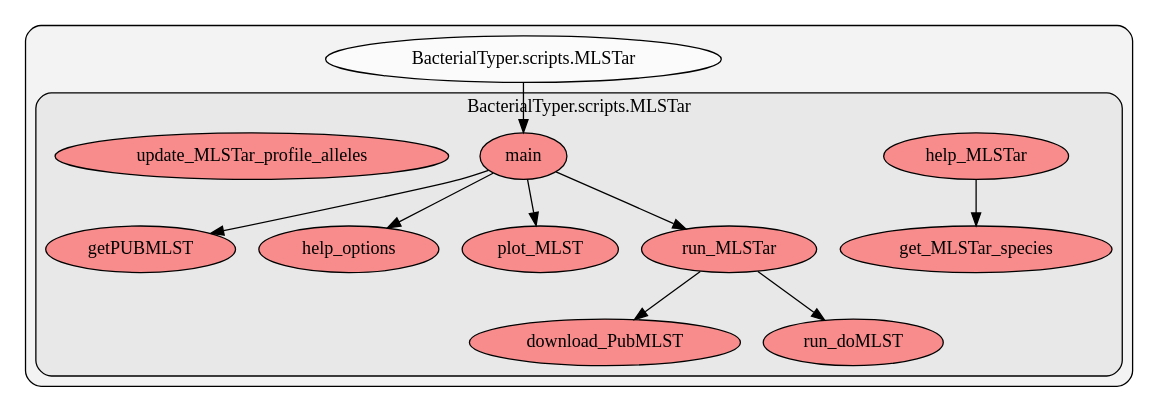
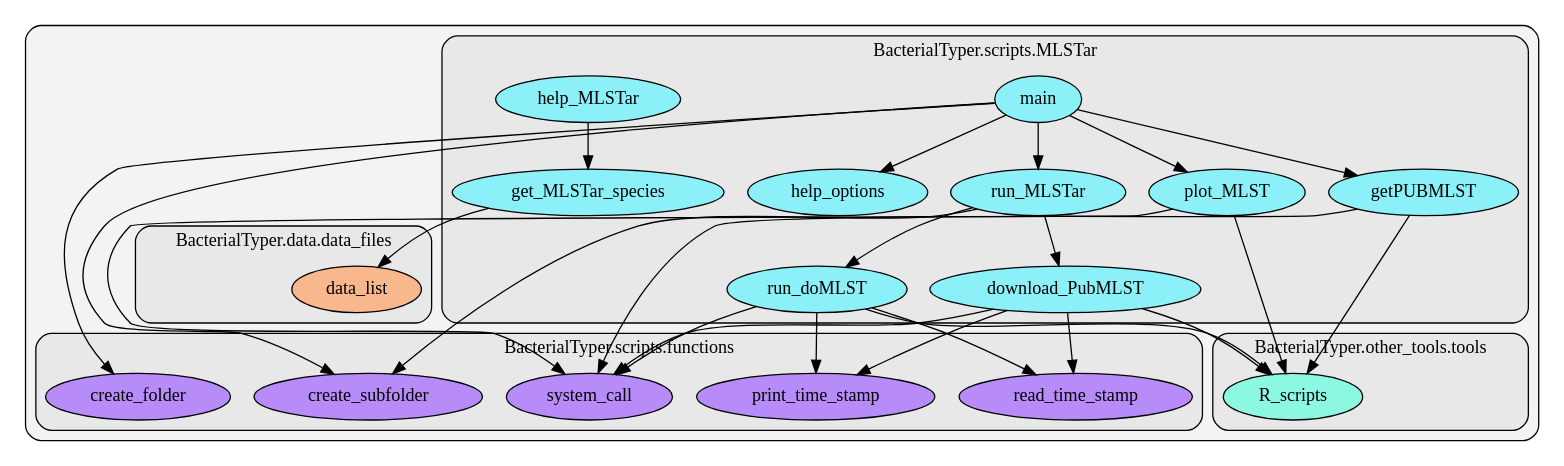
One commit to HCGB-IGTP/BacterialTyper changed the diagram in docs/source/images/python_graph/scripts/MLSTar.dot. Above: the diagram before and after it, drawn with Graphviz. The commit also changed 45 other files, not shown here.

Commit message:
update pyan graphs

```diff
--- a/docs/source/images/python_graph/scripts/MLSTar.dot
+++ b/docs/source/images/python_graph/scripts/MLSTar.dot
@@ -1,66 +1,254 @@
 digraph G {
-    graph [rankdir=TB, clusterrank="local"];
+    graph [spilines=ortho, rankdir=TB, clusterrank="local"];
     subgraph cluster_G {
 
         graph [style="filled,rounded",fillcolor="#80808018", label=""];
-        BacterialTyper__scripts__MLSTar [label="BacterialTyper.scripts.MLSTar", style="filled", fillcolor="#ffffffb2", fontcolor="#000000", group="0"];
-        subgraph cluster_BacterialTyper__scripts__MLSTar {
+        subgraph cluster_BacterialTyper__data__data_files {
 
-            graph [style="filled,rounded",fillcolor="#80808018", label="BacterialTyper.scripts.MLSTar"];
-            BacterialTyper__scripts__MLSTar__download_PubMLST [label="download_PubMLST", style="filled", fillcolor="#ff6565b2", fontcolor="#000000", group="0"];
+            graph [style="filled,rounded",fillcolor="#80808018", label="BacterialTyper.data.data_files"];
+            BacterialTyper__data__data_files__data_list [label="data_list", style="filled", fillcolor="#ffa365b2", fontcolor="#000000", group="3"];
+        }
+        subgraph cluster_BacterialTyper__other_tools__tools {
+
+            graph [style="filled,rounded",fillcolor="#80808018", label="BacterialTyper.other_tools.tools"];
+            BacterialTyper__other_tools__tools__R_scripts [label="R_scripts", style="filled", fillcolor="#65ffe0b2", fontcolor="#000000", group="21"];
+        }
+        subgraph cluster_BacterialTyper__other_tools__tools {
+
+            graph [style="filled,rounded",fillcolor="#80808018", label="BacterialTyper.other_tools.tools"];
         }
         subgraph cluster_BacterialTyper__scripts__MLSTar {
 
             graph [style="filled,rounded",fillcolor="#80808018", label="BacterialTyper.scripts.MLSTar"];
-            BacterialTyper__scripts__MLSTar__getPUBMLST [label="getPUBMLST", style="filled", fillcolor="#ff6565b2", fontcolor="#000000", group="0"];
+            BacterialTyper__scripts__MLSTar__download_PubMLST [label="download_PubMLST", style="filled", fillcolor="#65f4ffb2", fontcolor="#000000", group="23"];
         }
         subgraph cluster_BacterialTyper__scripts__MLSTar {
 
             graph [style="filled,rounded",fillcolor="#80808018", label="BacterialTyper.scripts.MLSTar"];
-            BacterialTyper__scripts__MLSTar__get_MLSTar_species [label="get_MLSTar_species", style="filled", fillcolor="#ff6565b2", fontcolor="#000000", group="0"];
+            BacterialTyper__scripts__MLSTar__getPUBMLST [label="getPUBMLST", style="filled", fillcolor="#65f4ffb2", fontcolor="#000000", group="23"];
         }
         subgraph cluster_BacterialTyper__scripts__MLSTar {
 
             graph [style="filled,rounded",fillcolor="#80808018", label="BacterialTyper.scripts.MLSTar"];
-            BacterialTyper__scripts__MLSTar__help_MLSTar [label="help_MLSTar", style="filled", fillcolor="#ff6565b2", fontcolor="#000000", group="0"];
+            BacterialTyper__scripts__MLSTar__get_MLSTar_species [label="get_MLSTar_species", style="filled", fillcolor="#65f4ffb2", fontcolor="#000000", group="23"];
         }
         subgraph cluster_BacterialTyper__scripts__MLSTar {
 
             graph [style="filled,rounded",fillcolor="#80808018", label="BacterialTyper.scripts.MLSTar"];
-            BacterialTyper__scripts__MLSTar__help_options [label="help_options", style="filled", fillcolor="#ff6565b2", fontcolor="#000000", group="0"];
+            BacterialTyper__scripts__MLSTar__help_MLSTar [label="help_MLSTar", style="filled", fillcolor="#65f4ffb2", fontcolor="#000000", group="23"];
         }
         subgraph cluster_BacterialTyper__scripts__MLSTar {
 
             graph [style="filled,rounded",fillcolor="#80808018", label="BacterialTyper.scripts.MLSTar"];
-            BacterialTyper__scripts__MLSTar__main [label="main", style="filled", fillcolor="#ff6565b2", fontcolor="#000000", group="0"];
+            BacterialTyper__scripts__MLSTar__help_options [label="help_options", style="filled", fillcolor="#65f4ffb2", fontcolor="#000000", group="23"];
         }
         subgraph cluster_BacterialTyper__scripts__MLSTar {
 
             graph [style="filled,rounded",fillcolor="#80808018", label="BacterialTyper.scripts.MLSTar"];
-            BacterialTyper__scripts__MLSTar__plot_MLST [label="plot_MLST", style="filled", fillcolor="#ff6565b2", fontcolor="#000000", group="0"];
+            BacterialTyper__scripts__MLSTar__main [label="main", style="filled", fillcolor="#65f4ffb2", fontcolor="#000000", group="23"];
         }
         subgraph cluster_BacterialTyper__scripts__MLSTar {
 
             graph [style="filled,rounded",fillcolor="#80808018", label="BacterialTyper.scripts.MLSTar"];
-            BacterialTyper__scripts__MLSTar__run_MLSTar [label="run_MLSTar", style="filled", fillcolor="#ff6565b2", fontcolor="#000000", group="0"];
+            BacterialTyper__scripts__MLSTar__plot_MLST [label="plot_MLST", style="filled", fillcolor="#65f4ffb2", fontcolor="#000000", group="23"];
         }
         subgraph cluster_BacterialTyper__scripts__MLSTar {
 
             graph [style="filled,rounded",fillcolor="#80808018", label="BacterialTyper.scripts.MLSTar"];
-            BacterialTyper__scripts__MLSTar__run_doMLST [label="run_doMLST", style="filled", fillcolor="#ff6565b2", fontcolor="#000000", group="0"];
+            BacterialTyper__scripts__MLSTar__run_MLSTar [label="run_MLSTar", style="filled", fillcolor="#65f4ffb2", fontcolor="#000000", group="23"];
         }
         subgraph cluster_BacterialTyper__scripts__MLSTar {
 
             graph [style="filled,rounded",fillcolor="#80808018", label="BacterialTyper.scripts.MLSTar"];
-            BacterialTyper__scripts__MLSTar__update_MLSTar_profile_alleles [label="update_MLSTar_profile_alleles", style="filled", fillcolor="#ff6565b2", fontcolor="#000000", group="0"];
+            BacterialTyper__scripts__MLSTar__run_doMLST [label="run_doMLST", style="filled", fillcolor="#65f4ffb2", fontcolor="#000000", group="23"];
+        }
+        subgraph cluster_BacterialTyper__scripts__MLSTar {
+
+            graph [style="filled,rounded",fillcolor="#80808018", label="BacterialTyper.scripts.MLSTar"];
+        }
+        subgraph cluster_BacterialTyper__scripts__functions {
+
+            graph [style="filled,rounded",fillcolor="#80808018", label="BacterialTyper.scripts.functions"];
+        }
+        subgraph cluster_BacterialTyper__scripts__functions {
+
+            graph [style="filled,rounded",fillcolor="#80808018", label="BacterialTyper.scripts.functions"];
+        }
+        subgraph cluster_BacterialTyper__scripts__functions {
+
+            graph [style="filled,rounded",fillcolor="#80808018", label="BacterialTyper.scripts.functions"];
+        }
+        subgraph cluster_BacterialTyper__scripts__functions {
+
+            graph [style="filled,rounded",fillcolor="#80808018", label="BacterialTyper.scripts.functions"];
+        }
+        subgraph cluster_BacterialTyper__scripts__functions {
+
+            graph [style="filled,rounded",fillcolor="#80808018", label="BacterialTyper.scripts.functions"];
+        }
+        subgraph cluster_BacterialTyper__scripts__functions {
+
+            graph [style="filled,rounded",fillcolor="#80808018", label="BacterialTyper.scripts.functions"];
+            BacterialTyper__scripts__functions__create_folder [label="create_folder", style="filled", fillcolor="#a365ffb2", fontcolor="#000000", group="33"];
+        }
+        subgraph cluster_BacterialTyper__scripts__functions {
+
+            graph [style="filled,rounded",fillcolor="#80808018", label="BacterialTyper.scripts.functions"];
+        }
+        subgraph cluster_BacterialTyper__scripts__functions {
+
+            graph [style="filled,rounded",fillcolor="#80808018", label="BacterialTyper.scripts.functions"];
+            BacterialTyper__scripts__functions__create_subfolder [label="create_subfolder", style="filled", fillcolor="#a365ffb2", fontcolor="#000000", group="33"];
+        }
+        subgraph cluster_BacterialTyper__scripts__functions {
+
+            graph [style="filled,rounded",fillcolor="#80808018", label="BacterialTyper.scripts.functions"];
+        }
+        subgraph cluster_BacterialTyper__scripts__functions {
+
+            graph [style="filled,rounded",fillcolor="#80808018", label="BacterialTyper.scripts.functions"];
+        }
+        subgraph cluster_BacterialTyper__scripts__functions {
+
+            graph [style="filled,rounded",fillcolor="#80808018", label="BacterialTyper.scripts.functions"];
+        }
+        subgraph cluster_BacterialTyper__scripts__functions {
+
+            graph [style="filled,rounded",fillcolor="#80808018", label="BacterialTyper.scripts.functions"];
+        }
+        subgraph cluster_BacterialTyper__scripts__functions {
+
+            graph [style="filled,rounded",fillcolor="#80808018", label="BacterialTyper.scripts.functions"];
+        }
+        subgraph cluster_BacterialTyper__scripts__functions {
+
+            graph [style="filled,rounded",fillcolor="#80808018", label="BacterialTyper.scripts.functions"];
+        }
+        subgraph cluster_BacterialTyper__scripts__functions {
+
+            graph [style="filled,rounded",fillcolor="#80808018", label="BacterialTyper.scripts.functions"];
+        }
+        subgraph cluster_BacterialTyper__scripts__functions {
+
+            graph [style="filled,rounded",fillcolor="#80808018", label="BacterialTyper.scripts.functions"];
+        }
+        subgraph cluster_BacterialTyper__scripts__functions {
+
+            graph [style="filled,rounded",fillcolor="#80808018", label="BacterialTyper.scripts.functions"];
+        }
+        subgraph cluster_BacterialTyper__scripts__functions {
+
+            graph [style="filled,rounded",fillcolor="#80808018", label="BacterialTyper.scripts.functions"];
+        }
+        subgraph cluster_BacterialTyper__scripts__functions {
+
+            graph [style="filled,rounded",fillcolor="#80808018", label="BacterialTyper.scripts.functions"];
+        }
+        subgraph cluster_BacterialTyper__scripts__functions {
+
+            graph [style="filled,rounded",fillcolor="#80808018", label="BacterialTyper.scripts.functions"];
+        }
+        subgraph cluster_BacterialTyper__scripts__functions {
+
+            graph [style="filled,rounded",fillcolor="#80808018", label="BacterialTyper.scripts.functions"];
+        }
+        subgraph cluster_BacterialTyper__scripts__functions {
+
+            graph [style="filled,rounded",fillcolor="#80808018", label="BacterialTyper.scripts.functions"];
+        }
+        subgraph cluster_BacterialTyper__scripts__functions {
+
+            graph [style="filled,rounded",fillcolor="#80808018", label="BacterialTyper.scripts.functions"];
+        }
+        subgraph cluster_BacterialTyper__scripts__functions {
+
+            graph [style="filled,rounded",fillcolor="#80808018", label="BacterialTyper.scripts.functions"];
+        }
+        subgraph cluster_BacterialTyper__scripts__functions {
+
+            graph [style="filled,rounded",fillcolor="#80808018", label="BacterialTyper.scripts.functions"];
+        }
+        subgraph cluster_BacterialTyper__scripts__functions {
+
+            graph [style="filled,rounded",fillcolor="#80808018", label="BacterialTyper.scripts.functions"];
+        }
+        subgraph cluster_BacterialTyper__scripts__functions {
+
+            graph [style="filled,rounded",fillcolor="#80808018", label="BacterialTyper.scripts.functions"];
+        }
+        subgraph cluster_BacterialTyper__scripts__functions {
+
+            graph [style="filled,rounded",fillcolor="#80808018", label="BacterialTyper.scripts.functions"];
+        }
+        subgraph cluster_BacterialTyper__scripts__functions {
+
+            graph [style="filled,rounded",fillcolor="#80808018", label="BacterialTyper.scripts.functions"];
+        }
+        subgraph cluster_BacterialTyper__scripts__functions {
+
+            graph [style="filled,rounded",fillcolor="#80808018", label="BacterialTyper.scripts.functions"];
+            BacterialTyper__scripts__functions__print_time_stamp [label="print_time_stamp", style="filled", fillcolor="#a365ffb2", fontcolor="#000000", group="33"];
+        }
+        subgraph cluster_BacterialTyper__scripts__functions {
+
+            graph [style="filled,rounded",fillcolor="#80808018", label="BacterialTyper.scripts.functions"];
+        }
+        subgraph cluster_BacterialTyper__scripts__functions {
+
+            graph [style="filled,rounded",fillcolor="#80808018", label="BacterialTyper.scripts.functions"];
+        }
+        subgraph cluster_BacterialTyper__scripts__functions {
+
+            graph [style="filled,rounded",fillcolor="#80808018", label="BacterialTyper.scripts.functions"];
+            BacterialTyper__scripts__functions__read_time_stamp [label="read_time_stamp", style="filled", fillcolor="#a365ffb2", fontcolor="#000000", group="33"];
+        }
+        subgraph cluster_BacterialTyper__scripts__functions {
+
+            graph [style="filled,rounded",fillcolor="#80808018", label="BacterialTyper.scripts.functions"];
+        }
+        subgraph cluster_BacterialTyper__scripts__functions {
+
+            graph [style="filled,rounded",fillcolor="#80808018", label="BacterialTyper.scripts.functions"];
+        }
+        subgraph cluster_BacterialTyper__scripts__functions {
+
+            graph [style="filled,rounded",fillcolor="#80808018", label="BacterialTyper.scripts.functions"];
+        }
+        subgraph cluster_BacterialTyper__scripts__functions {
+
+            graph [style="filled,rounded",fillcolor="#80808018", label="BacterialTyper.scripts.functions"];
+            BacterialTyper__scripts__functions__system_call [label="system_call", style="filled", fillcolor="#a365ffb2", fontcolor="#000000", group="33"];
+        }
+        subgraph cluster_BacterialTyper__scripts__functions {
+
+            graph [style="filled,rounded",fillcolor="#80808018", label="BacterialTyper.scripts.functions"];
+        }
+        subgraph cluster_BacterialTyper__scripts__functions {
+
+            graph [style="filled,rounded",fillcolor="#80808018", label="BacterialTyper.scripts.functions"];
         }
     }
-        BacterialTyper__scripts__MLSTar -> BacterialTyper__scripts__MLSTar__main [style="solid", color="#000000"];
         BacterialTyper__scripts__MLSTar__help_MLSTar -> BacterialTyper__scripts__MLSTar__get_MLSTar_species [style="solid", color="#000000"];
         BacterialTyper__scripts__MLSTar__run_MLSTar -> BacterialTyper__scripts__MLSTar__run_doMLST [style="solid", color="#000000"];
+        BacterialTyper__scripts__MLSTar__run_MLSTar -> BacterialTyper__scripts__functions__create_subfolder [style="solid", color="#000000"];
         BacterialTyper__scripts__MLSTar__run_MLSTar -> BacterialTyper__scripts__MLSTar__download_PubMLST [style="solid", color="#000000"];
-        BacterialTyper__scripts__MLSTar__main -> BacterialTyper__scripts__MLSTar__plot_MLST [style="solid", color="#000000"];
+        BacterialTyper__scripts__MLSTar__run_doMLST -> BacterialTyper__other_tools__tools__R_scripts [style="solid", color="#000000"];
+        BacterialTyper__scripts__MLSTar__run_doMLST -> BacterialTyper__scripts__functions__read_time_stamp [style="solid", color="#000000"];
+        BacterialTyper__scripts__MLSTar__run_doMLST -> BacterialTyper__scripts__functions__system_call [style="solid", color="#000000"];
+        BacterialTyper__scripts__MLSTar__run_doMLST -> BacterialTyper__scripts__functions__print_time_stamp [style="solid", color="#000000"];
+        BacterialTyper__scripts__MLSTar__get_MLSTar_species -> BacterialTyper__data__data_files__data_list [style="solid", color="#000000"];
+        BacterialTyper__scripts__MLSTar__getPUBMLST -> BacterialTyper__other_tools__tools__R_scripts [style="solid", color="#000000"];
+        BacterialTyper__scripts__MLSTar__getPUBMLST -> BacterialTyper__scripts__functions__system_call [style="solid", color="#000000"];
+        BacterialTyper__scripts__MLSTar__plot_MLST -> BacterialTyper__other_tools__tools__R_scripts [style="solid", color="#000000"];
+        BacterialTyper__scripts__MLSTar__plot_MLST -> BacterialTyper__scripts__functions__system_call [style="solid", color="#000000"];
+        BacterialTyper__scripts__MLSTar__download_PubMLST -> BacterialTyper__other_tools__tools__R_scripts [style="solid", color="#000000"];
+        BacterialTyper__scripts__MLSTar__download_PubMLST -> BacterialTyper__scripts__functions__read_time_stamp [style="solid", color="#000000"];
+        BacterialTyper__scripts__MLSTar__download_PubMLST -> BacterialTyper__scripts__functions__system_call [style="solid", color="#000000"];
+        BacterialTyper__scripts__MLSTar__download_PubMLST -> BacterialTyper__scripts__functions__print_time_stamp [style="solid", color="#000000"];
         BacterialTyper__scripts__MLSTar__main -> BacterialTyper__scripts__MLSTar__help_options [style="solid", color="#000000"];
         BacterialTyper__scripts__MLSTar__main -> BacterialTyper__scripts__MLSTar__getPUBMLST [style="solid", color="#000000"];
         BacterialTyper__scripts__MLSTar__main -> BacterialTyper__scripts__MLSTar__run_MLSTar [style="solid", color="#000000"];
+        BacterialTyper__scripts__MLSTar__main -> BacterialTyper__scripts__functions__create_subfolder [style="solid", color="#000000"];
+        BacterialTyper__scripts__MLSTar__main -> BacterialTyper__scripts__functions__create_folder [style="solid", color="#000000"];
+        BacterialTyper__scripts__MLSTar__main -> BacterialTyper__scripts__MLSTar__plot_MLST [style="solid", color="#000000"];
     }
```
